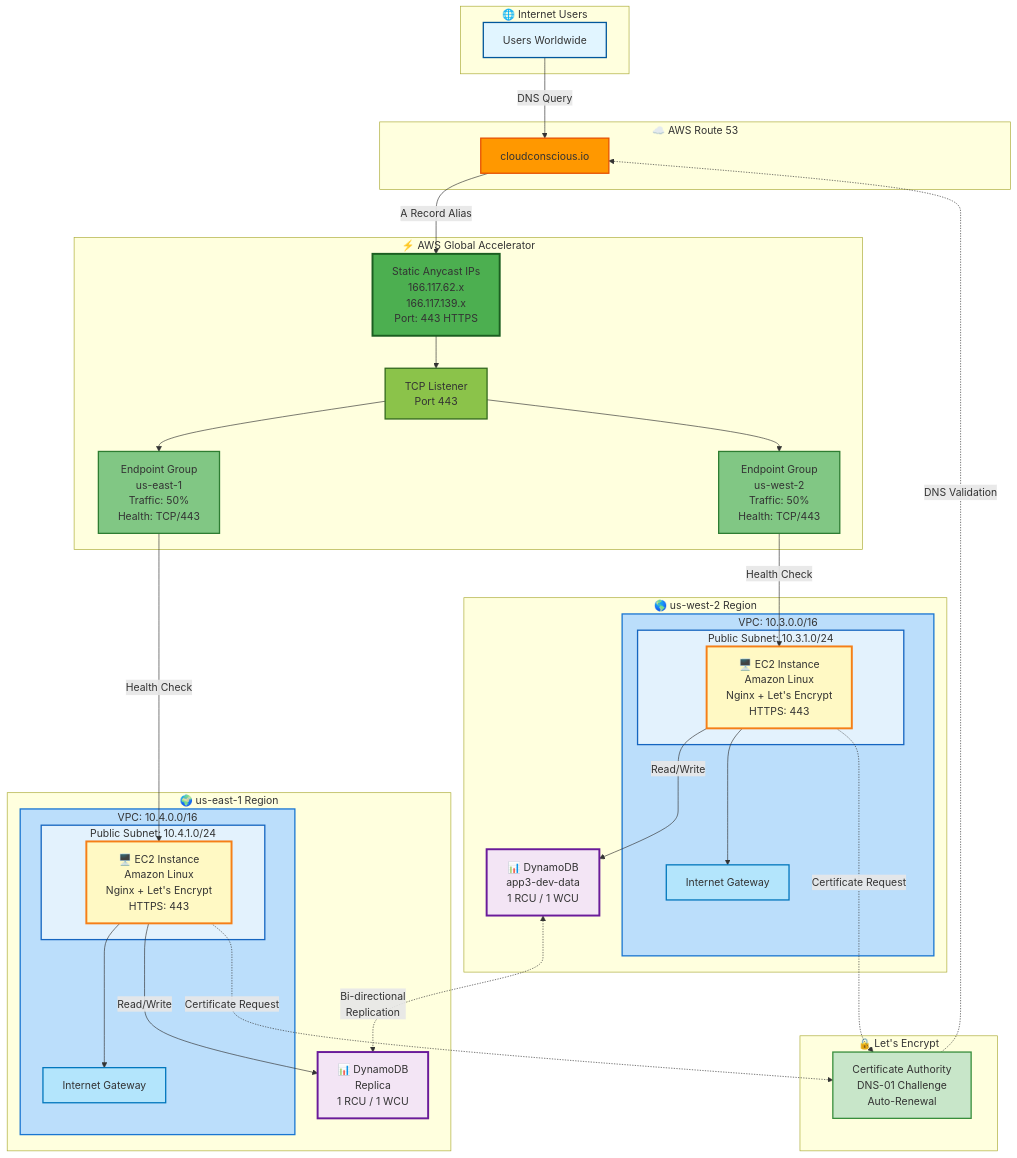
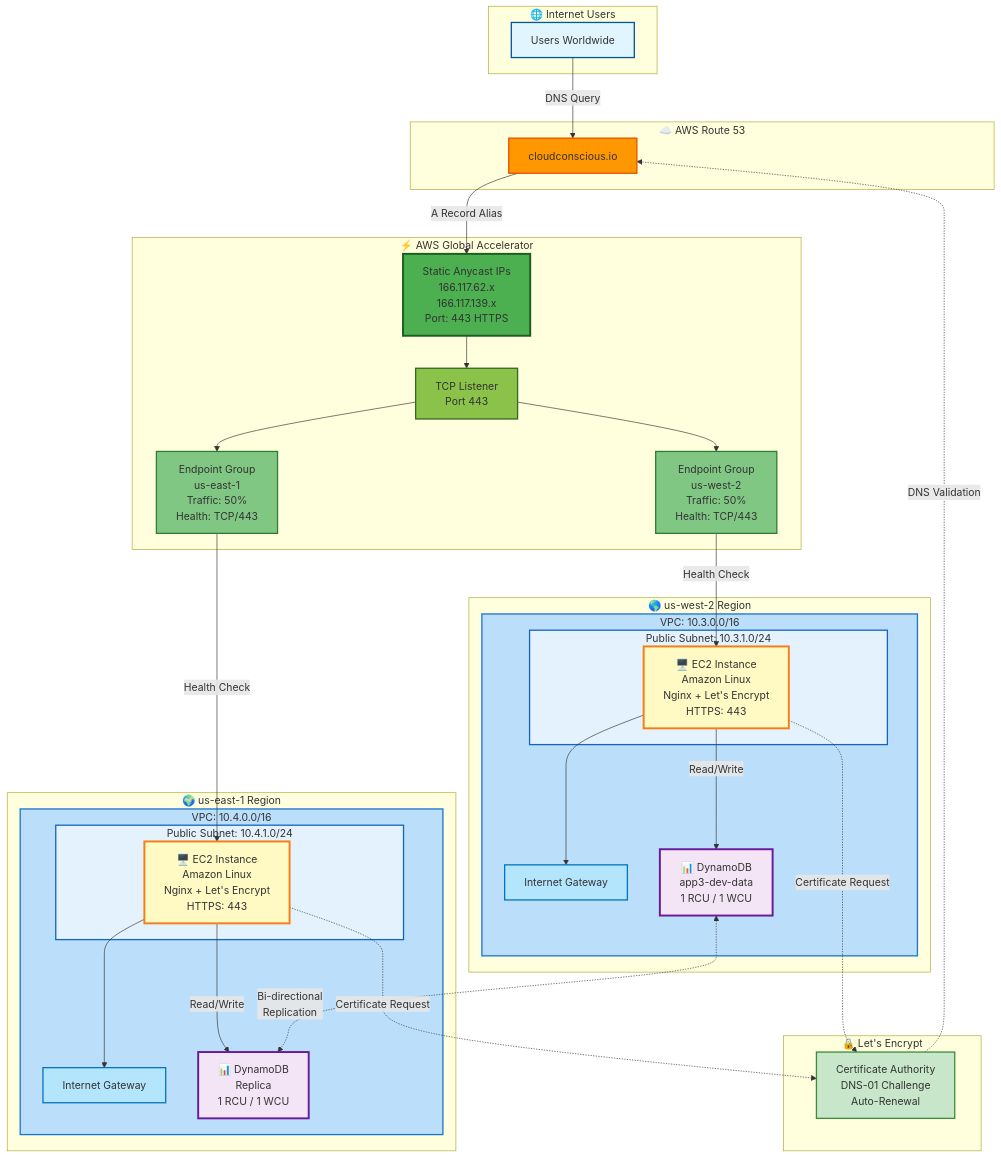
One commit to vegatros/repo1 changed the diagram in terraform/stacks/app3/README.md. Above: the diagram before and after it, drawn with Mermaid.

Commit message:
Fix DynamoDB alignment in network diagram

````diff
--- a/terraform/stacks/app3/README.md
+++ b/terraform/stacks/app3/README.md
@@ -9,75 +9,75 @@
 ```mermaid
 graph TB
     subgraph Internet["🌐 Internet Users"]
         Users[Users Worldwide]
     end
     
     subgraph DNS["☁️ AWS Route 53"]
         R53[cloudconscious.io]
     end
     
     subgraph GA["⚡ AWS Global Accelerator"]
         Accelerator[Static Anycast IPs<br/>166.117.62.x<br/>166.117.139.x<br/>Port: 443 HTTPS]
         Listener[TCP Listener<br/>Port 443]
         EG_West[Endpoint Group<br/>us-west-2<br/>Traffic: 50%<br/>Health: TCP/443]
         EG_East[Endpoint Group<br/>us-east-1<br/>Traffic: 50%<br/>Health: TCP/443]
     end
     
     subgraph West["🌎 us-west-2 Region"]
         subgraph VPC_West["VPC: 10.3.0.0/16"]
             subgraph Subnet_West["Public Subnet: 10.3.1.0/24"]
                 EC2_West["🖥️ EC2 Instance<br/>Amazon Linux<br/>Nginx + Let's Encrypt<br/>HTTPS: 443"]
             end
             IGW_West[Internet Gateway]
+            DDB_West["📊 DynamoDB<br/>app3-dev-data<br/>1 RCU / 1 WCU"]
         end
-        DDB_West["📊 DynamoDB<br/>app3-dev-data<br/>1 RCU / 1 WCU"]
     end
     
     subgraph East["🌍 us-east-1 Region"]
         subgraph VPC_East["VPC: 10.4.0.0/16"]
             subgraph Subnet_East["Public Subnet: 10.4.1.0/24"]
                 EC2_East["🖥️ EC2 Instance<br/>Amazon Linux<br/>Nginx + Let's Encrypt<br/>HTTPS: 443"]
             end
             IGW_East[Internet Gateway]
+            DDB_East["📊 DynamoDB<br/>Replica<br/>1 RCU / 1 WCU"]
         end
-        DDB_East["📊 DynamoDB<br/>Replica<br/>1 RCU / 1 WCU"]
     end
     
     subgraph LE["🔒 Let's Encrypt"]
         LetsEncrypt[Certificate Authority<br/>DNS-01 Challenge<br/>Auto-Renewal]
     end
     
     Users -->|DNS Query| R53
     R53 -->|A Record Alias| Accelerator
     Accelerator --> Listener
     Listener --> EG_West
     Listener --> EG_East
     EG_West -->|Health Check| EC2_West
     EG_East -->|Health Check| EC2_East
     EC2_West -->|Read/Write| DDB_West
     EC2_East -->|Read/Write| DDB_East
     DDB_West <-.->|Bi-directional<br/>Replication| DDB_East
     EC2_West -.->|Certificate Request| LetsEncrypt
     EC2_East -.->|Certificate Request| LetsEncrypt
     LetsEncrypt -.->|DNS Validation| R53
     EC2_West --> IGW_West
     EC2_East --> IGW_East
     
     style Users fill:#e1f5ff,stroke:#01579b,stroke-width:2px
     style R53 fill:#ff9800,stroke:#e65100,stroke-width:2px
     style Accelerator fill:#4caf50,stroke:#1b5e20,stroke-width:3px
     style Listener fill:#8bc34a,stroke:#33691e,stroke-width:2px
     style EG_West fill:#81c784,stroke:#2e7d32,stroke-width:2px
     style EG_East fill:#81c784,stroke:#2e7d32,stroke-width:2px
     style VPC_West fill:#bbdefb,stroke:#1976d2,stroke-width:2px
     style VPC_East fill:#bbdefb,stroke:#1976d2,stroke-width:2px
     style Subnet_West fill:#e3f2fd,stroke:#1565c0,stroke-width:2px
     style Subnet_East fill:#e3f2fd,stroke:#1565c0,stroke-width:2px
     style EC2_West fill:#fff9c4,stroke:#f57f17,stroke-width:3px
     style EC2_East fill:#fff9c4,stroke:#f57f17,stroke-width:3px
     style DDB_West fill:#f3e5f5,stroke:#6a1b9a,stroke-width:3px
     style DDB_East fill:#f3e5f5,stroke:#6a1b9a,stroke-width:3px
     style LetsEncrypt fill:#c8e6c9,stroke:#388e3c,stroke-width:2px
     style IGW_West fill:#b3e5fc,stroke:#0277bd,stroke-width:2px
     style IGW_East fill:#b3e5fc,stroke:#0277bd,stroke-width:2px
 ```
````
